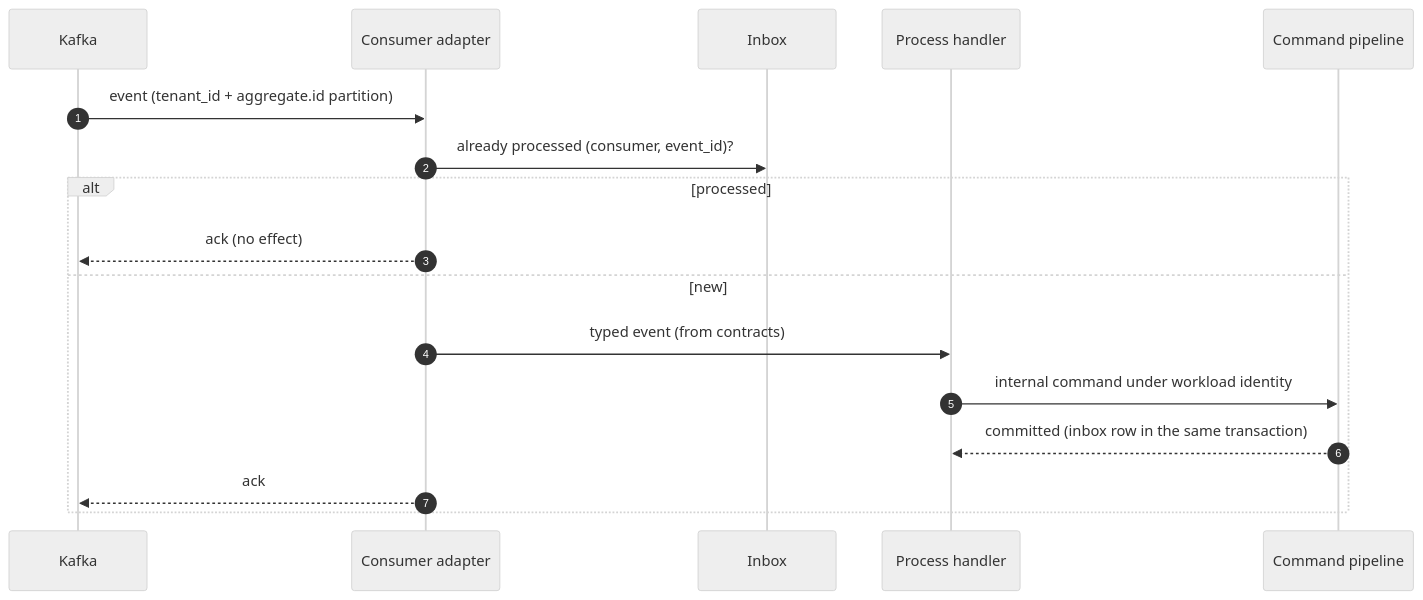
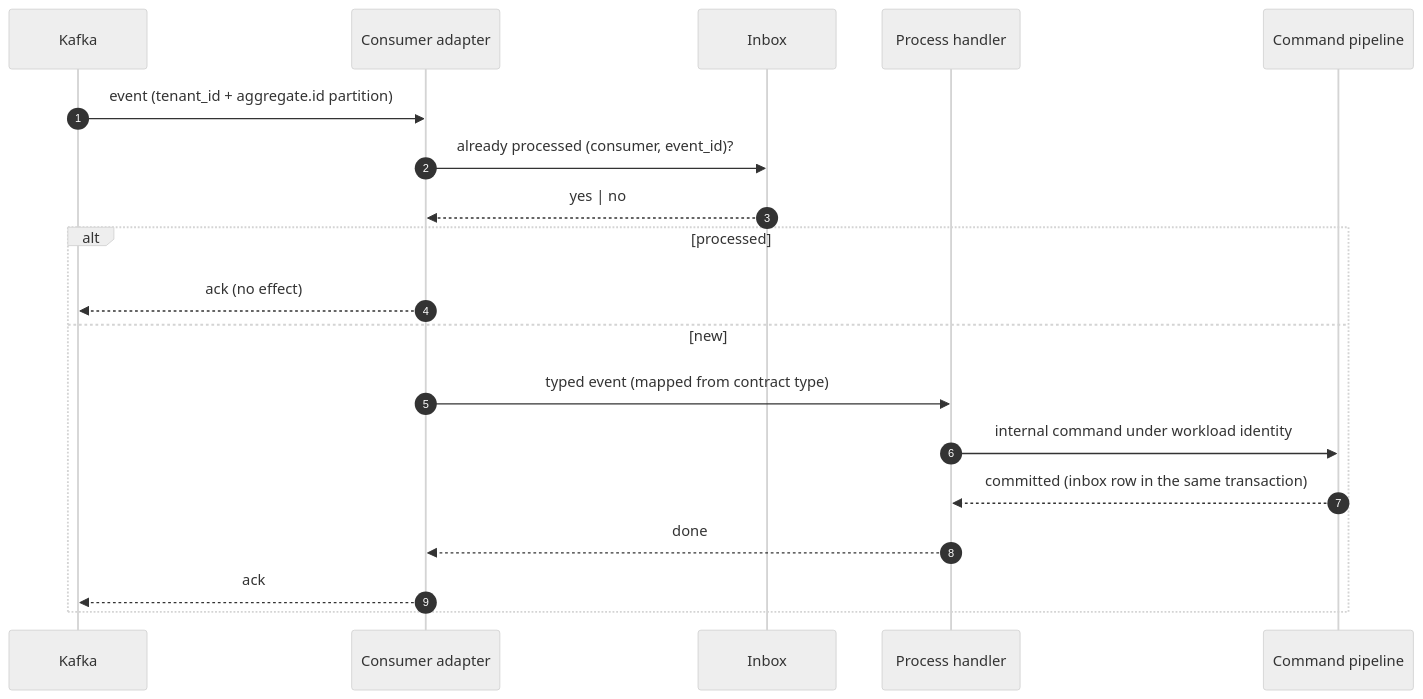
Before and after one commit to Ayoubkhattab/Planing: the fourth of 5 diagrams in spec/18-analysis-design/11-hexagonal-reference.md, drawn with Mermaid (neutral theme). The commit also changed other lines of this file and 6 other files, not shown here.

````diff
--- a/spec/18-analysis-design/11-hexagonal-reference.md
+++ b/spec/18-analysis-design/11-hexagonal-reference.md
@@ -181,19 +204,21 @@
 ```mermaid
 sequenceDiagram
   autonumber
   participant K as Kafka
   participant KC as Consumer adapter
   participant IN as Inbox
   participant PH as Process handler
   participant P as Command pipeline
   K->>KC: event (tenant_id + aggregate.id partition)
   KC->>IN: already processed (consumer, event_id)?
+  IN-->>KC: yes | no
   alt processed
     KC-->>K: ack (no effect)
   else new
-    KC->>PH: typed event (from contracts)
+    KC->>PH: typed event (mapped from contract type)
     PH->>P: internal command under workload identity
     P-->>PH: committed (inbox row in the same transaction)
+    PH-->>KC: done
     KC-->>K: ack
   end
 ```
````
